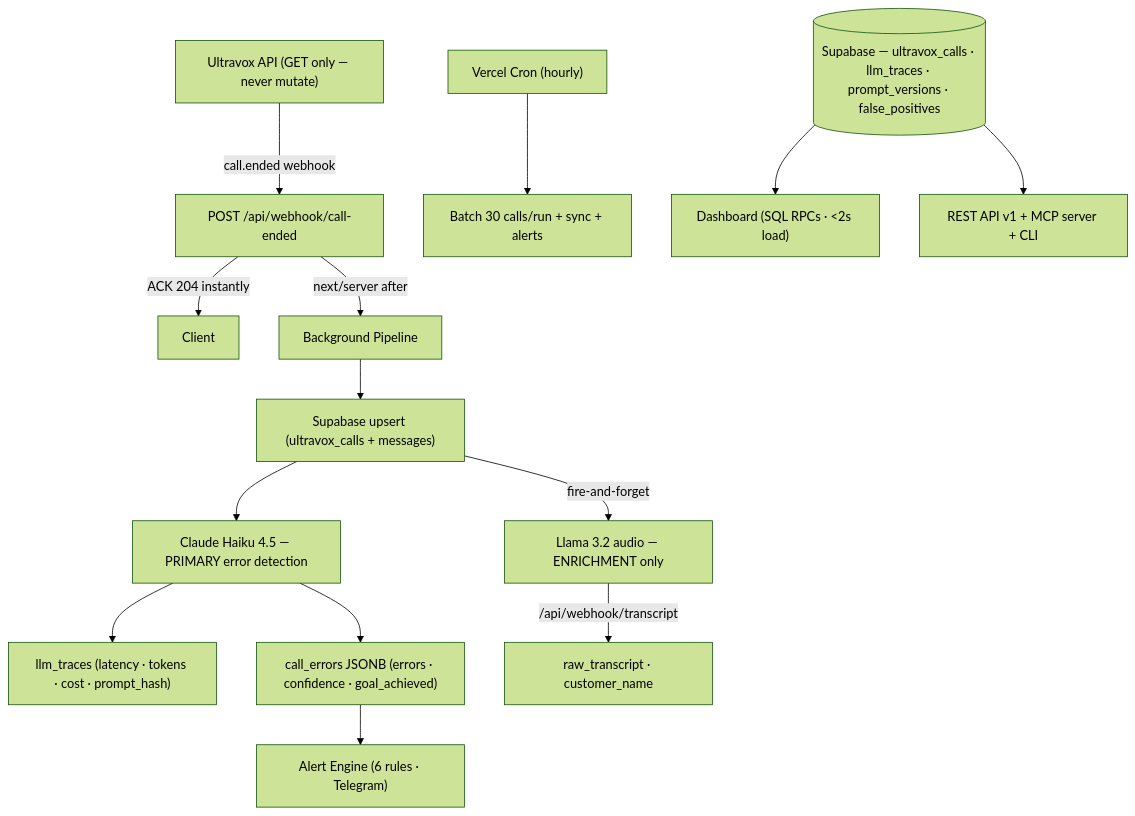
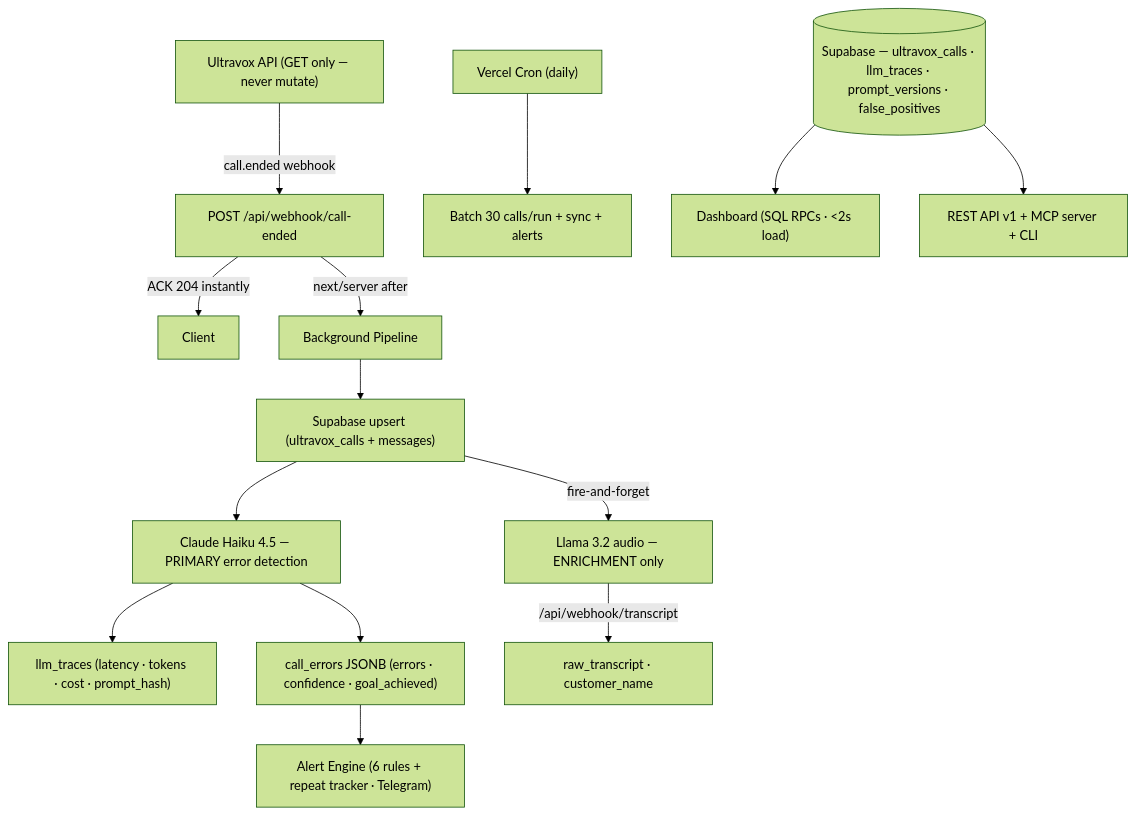
Before and after one commit to rushilbh27/voxray: the diagram in README.md, drawn with Mermaid (forest theme). The commit also changed other lines of this file and 2 other files, not shown here.

````diff
--- a/README.md
+++ b/README.md
@@ -14,16 +36,16 @@
 ```mermaid
 graph TD
     UV["Ultravox API (GET only — never mutate)"] -->|call.ended webhook| WH[POST /api/webhook/call-ended]
     WH -->|ACK 204 instantly| ACK[Client]
     WH -->|next/server after| PIPE[Background Pipeline]
     PIPE --> UPSERT["Supabase upsert (ultravox_calls + messages)"]
     UPSERT --> HAIKU["Claude Haiku 4.5 — PRIMARY error detection"]
     HAIKU --> TRACE["llm_traces (latency · tokens · cost · prompt_hash)"]
     HAIKU --> ERRORS["call_errors JSONB (errors · confidence · goal_achieved)"]
-    ERRORS --> ALERT["Alert Engine (6 rules · Telegram)"]
+    ERRORS --> ALERT["Alert Engine (6 rules + repeat tracker · Telegram)"]
     UPSERT -->|fire-and-forget| LLAMA["Llama 3.2 audio — ENRICHMENT only"]
     LLAMA -->|/api/webhook/transcript| ENR[raw_transcript · customer_name]
-    CRON["Vercel Cron (hourly)"] --> BATCH["Batch 30 calls/run + sync + alerts"]
-    DB[("Supabase — ultravox_calls · llm_traces · prompt_versions · false_positives")] --> DASH["Dashboard (SQL RPCs · &lt;2s load)"]
+    CRON["Vercel Cron (daily)"] --> BATCH["Batch 30 calls/run + sync + alerts"]
+    DB[("Supabase — ultravox_calls · llm_traces · prompt_versions · false_positives")] --> DASH["Dashboard (SQL RPCs · <2s load)"]
     DB --> API["REST API v1 + MCP server + CLI"]
 ```
````
